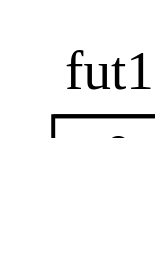
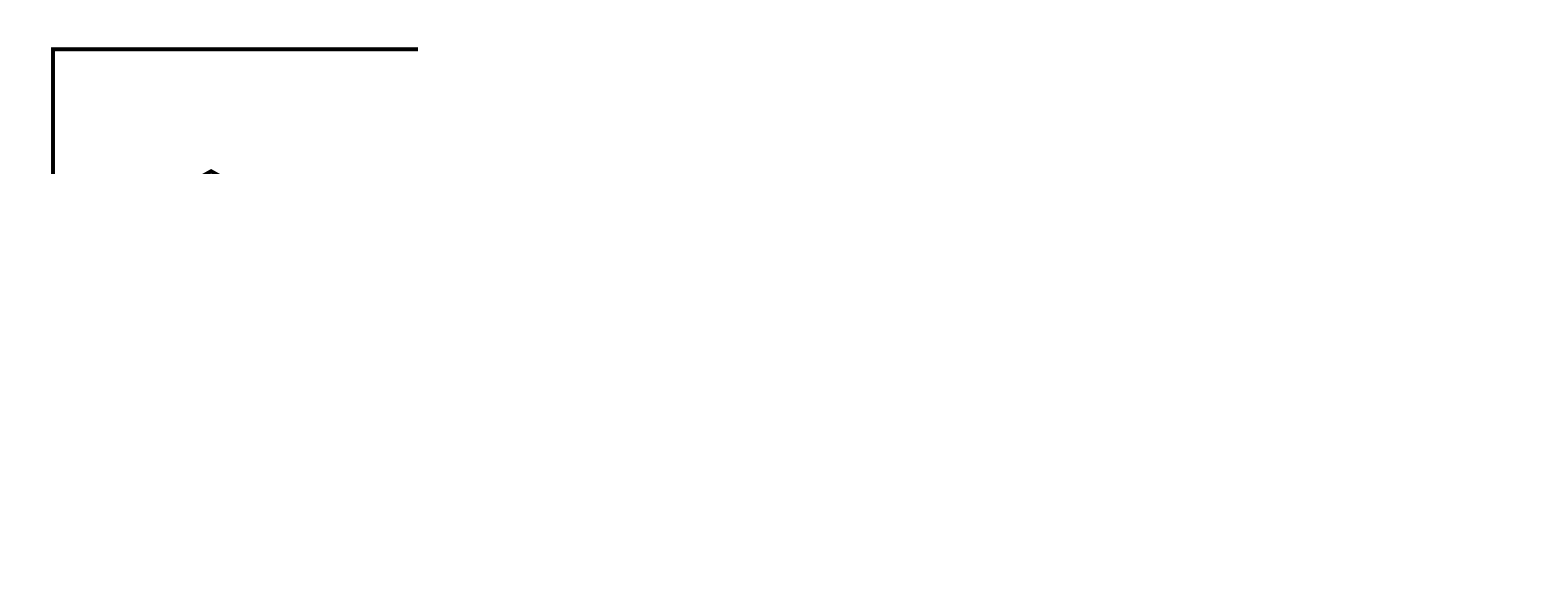
Before and after one commit to rust-lang/book: the diagram in dot/trpl17-03.dot, drawn with Graphviz. The commit also changed 10 other files, not shown here.

Commit message:
Ch. 17: create a diagram showing blocked parallelism

```diff
--- a/dot/trpl17-03.dot
+++ b/dot/trpl17-03.dot
@@ -1,19 +1,32 @@
 digraph {
-   rankdir = RL;
-   overlap = false;
    dpi = 300.0;
+   
+   rankdir = "LR";
    splines = false;
    cluster = true;
    
-   node [shape = "plaintext";];
+   node [shape = diamond;];
    
-   fut1 [label = <<table border="0" cellborder="1" cellspacing="0">
-      <tr><td sides="B">fut1</td></tr>
-      <tr><td>0</td></tr>
-      <tr><td port="target">1</td></tr>
-      <tr><td port="source">  </td></tr>
-      </table>>;];
+   // The graphs end up with the correct order, i.e. Task 1 *above* Task 2, when
+   // this is first.
+   subgraph cluster_ColleagueB {
+      label = "Task A";
+      A1;
+      A2;
+      A0_1 [style = invis;];
+      A3;
+      
+      A1 -> A2;
+      A2 -> A0_1 [arrowhead = "tee"; headport = "A0_1:c"; headclip = false;];
+      A0_1;
+      A0_1 -> A3 [dir = both; arrowtail = "tee"; tailclip = false;];
+   }
    
-   edge [tailclip = "false";];
-   fut1:source:c -> fut1:target [dir = forward;];
+   subgraph cluster_ColleagueA {
+      newrank = true;
+      label = "Task B";
+      B1 -> B2 -> B3 -> B4;
+   }
+   
+   B3 -> A3;
 }
```
